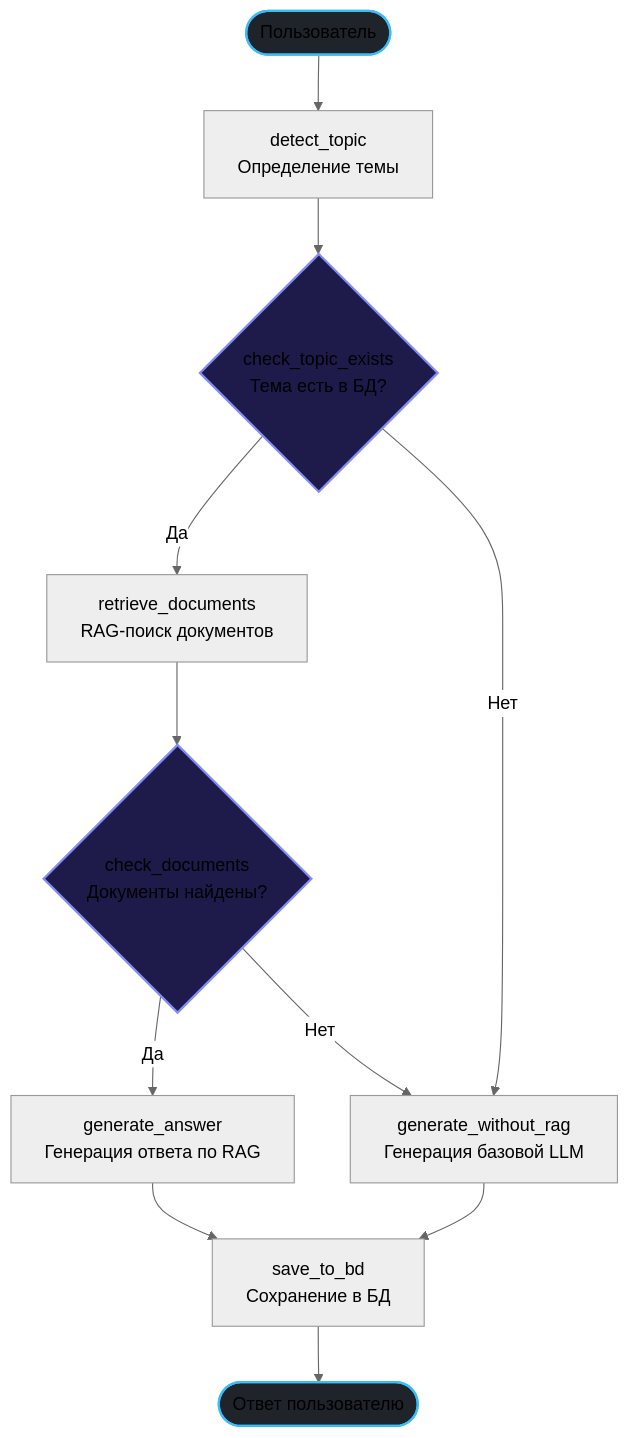
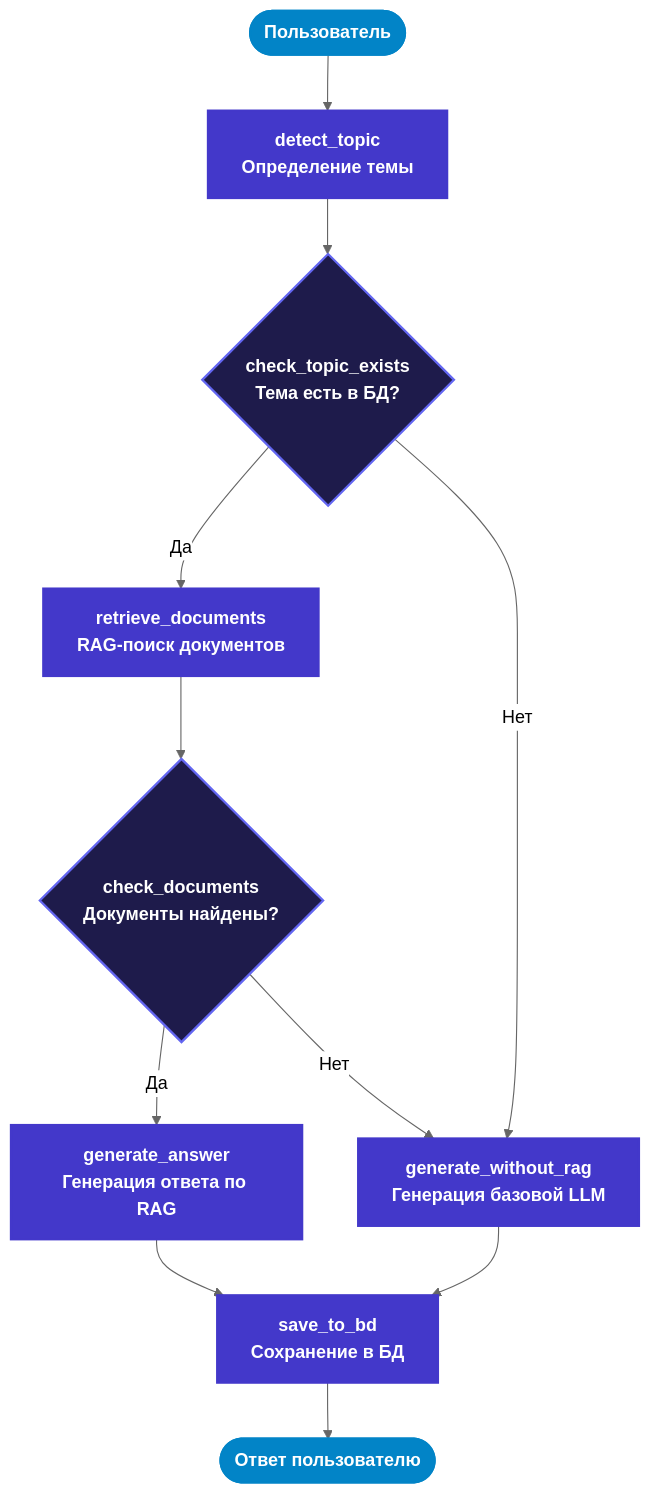
Before and after one commit to 1Revos/Bank_AI_Assistant: the diagram in README.md, drawn with Mermaid (neutral theme). The commit also changed other lines of this file, not shown here.

````diff
--- a/README.md
+++ b/README.md
@@ -22,22 +22,32 @@
 ```mermaid
 graph TD
     START([Пользователь]) --> A[detect_topic<br>Определение темы]
     A --> B{check_topic_exists<br>Тема есть в БД?}
     
     B -- Да --> C[retrieve_documents<br>RAG-поиск документов]
     B -- Нет --> D[generate_without_rag<br>Генерация базовой LLM]
     
     C --> E{check_documents<br>Документы найдены?}
     E -- Да --> F[generate_answer<br>Генерация ответа по RAG]
     E -- Нет --> D
     
     F --> G[save_to_bd<br>Сохранение в БД]
     D --> G
     
     G --> END([Ответ пользователю])
 
-    style START fill:#1f232a,stroke:#38bdf8,stroke-width:2px
-    style END fill:#1f232a,stroke:#38bdf8,stroke-width:2px
-    style B fill:#1e1b4b,stroke:#818cf8,stroke-width:2px
-    style E fill:#1e1b4b,stroke:#818cf8,stroke-width:2px
+    %% Стили для текста (перекрашиваем в белый цвет для читаемости)
+    classDef whiteText color:#ffffff, font-weight:bold;
+    class START,A,B,C,D,E,F,G,END whiteText;
+
+    %% Стили для самих блоков (цвета фона и рамок)
+    style START fill:#0284c7,stroke:#0284c7,stroke-width:2px
+    style END fill:#0284c7,stroke:#0284c7,stroke-width:2px
+    style A fill:#4338ca,stroke:#4338ca,stroke-width:2px
+    style C fill:#4338ca,stroke:#4338ca,stroke-width:2px
+    style D fill:#4338ca,stroke:#4338ca,stroke-width:2px
+    style F fill:#4338ca,stroke:#4338ca,stroke-width:2px
+    style G fill:#4338ca,stroke:#4338ca,stroke-width:2px
+    style B fill:#1e1b4b,stroke:#6366f1,stroke-width:2px
+    style E fill:#1e1b4b,stroke:#6366f1,stroke-width:2px
 ```
````
